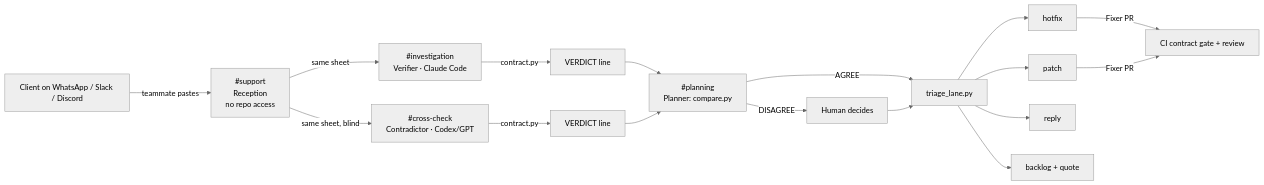
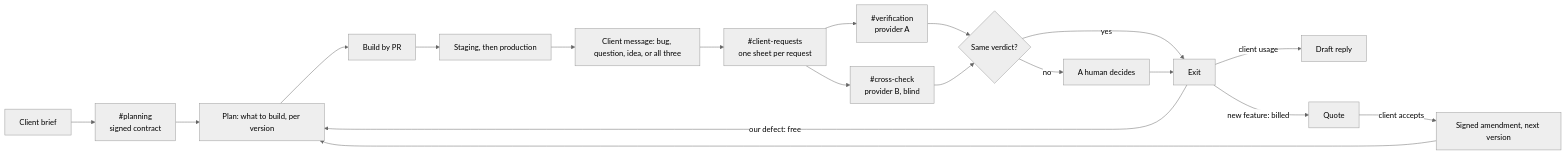
One commit to ru-ji/scope-firewall changed the diagram in README.md. Above: the diagram before and after it, drawn with Mermaid (neutral theme). The commit also changed other lines of this file and 22 other files, not shown here.

First line of the commit message:
Whole lifecycle first: requests instead of bugs, mixed messages split, client update

````diff
--- a/README.md
+++ b/README.md
@@ -25,14 +19,20 @@
 ```mermaid
 flowchart LR
-  C[Client on WhatsApp / Slack / Discord] -->|teammate pastes| R["#support<br/>Reception<br/>no repo access"]
-  R -->|same sheet| V["#investigation<br/>Verifier · Claude Code"]
-  R -->|same sheet, blind| X["#cross-check<br/>Contradictor · Codex/GPT"]
-  V -->|contract.py| L1[VERDICT line]
-  X -->|contract.py| L2[VERDICT line]
-  L1 & L2 --> P["#planning<br/>Planner: compare.py"]
-  P -->|DISAGREE| H[Human decides]
-  P -->|AGREE| T[triage_lane.py]
-  H --> T
-  T --> HF[hotfix] & PA[patch] & RE[reply] & BL[backlog + quote]
-  HF & PA -->|Fixer PR| CI[CI contract gate + review]
+  B[Client brief] --> K["#planning<br/>signed contract"]
+  K --> PL[Plan: what to build, per version]
+  PL --> BU[Build by PR]
+  BU --> E[Staging, then production]
+  E --> M[Client message: bug, question, idea, or all three]
+  M --> S["#client-requests<br/>one sheet per request"]
+  S --> V["#verification<br/>provider A"]
+  S --> X["#cross-check<br/>provider B, blind"]
+  V & X --> C{Same verdict?}
+  C -->|no| H[A human decides]
+  C -->|yes| L[Exit]
+  H --> L
+  L -->|our defect: free| PL
+  L -->|client usage| RE[Draft reply]
+  L -->|new feature: billed| Q[Quote]
+  Q -->|client accepts| A[Signed amendment, next version]
+  A --> PL
 ```
````
